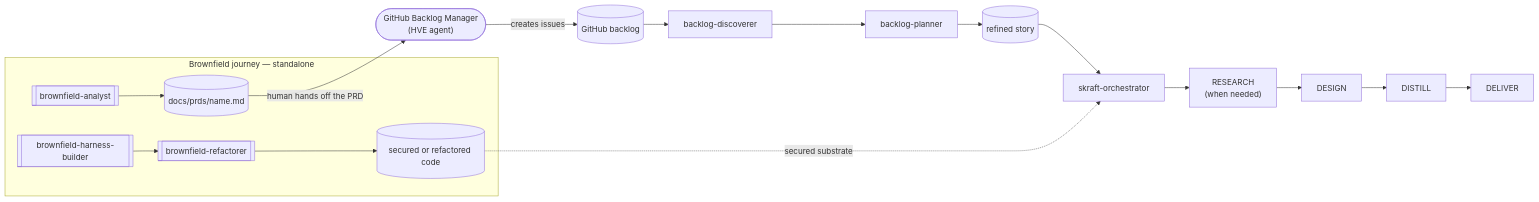
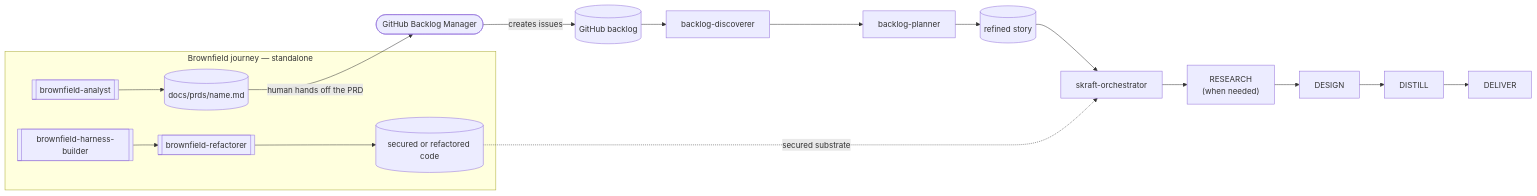
Before and after one commit to SebastienDegodez/skraft-plugin: the third of 3 diagrams in docs/site/en/explanation/brownfield.md, drawn with Mermaid. The commit also changed other lines of this file and 27 other files, not shown here.

````diff
--- a/docs/site/en/explanation/brownfield.md
+++ b/docs/site/en/explanation/brownfield.md
@@ -145,16 +145,16 @@
 ```mermaid
 flowchart LR
     subgraph BF ["Brownfield journey — standalone"]
         BA[["brownfield-analyst"]] --> PRD[("docs/prds/name.md")]
         HB[["brownfield-harness-builder"]] --> RF[["brownfield-refactorer"]]
         RF --> CODE[("secured or refactored code")]
     end
-    PRD -->|"human hands off the PRD"| GHM(["GitHub Backlog Manager<br/>(HVE agent)"])
+    PRD -->|"human hands off the PRD"| GHM(["GitHub Backlog Manager"])
     GHM -->|"creates issues"| ISSUES[("GitHub backlog")]
     ISSUES --> BD["backlog-discoverer"]
     BD --> BP["backlog-planner"]
     BP --> STORY[("refined story")]
     STORY --> ORCH["skraft-orchestrator"]
     CODE -.->|"secured substrate"| ORCH
     ORCH --> RESEARCH["RESEARCH<br/>(when needed)"] --> DESIGN["DESIGN"] --> DISTILL["DISTILL"] --> DELIVER["DELIVER"]
 ```
````
